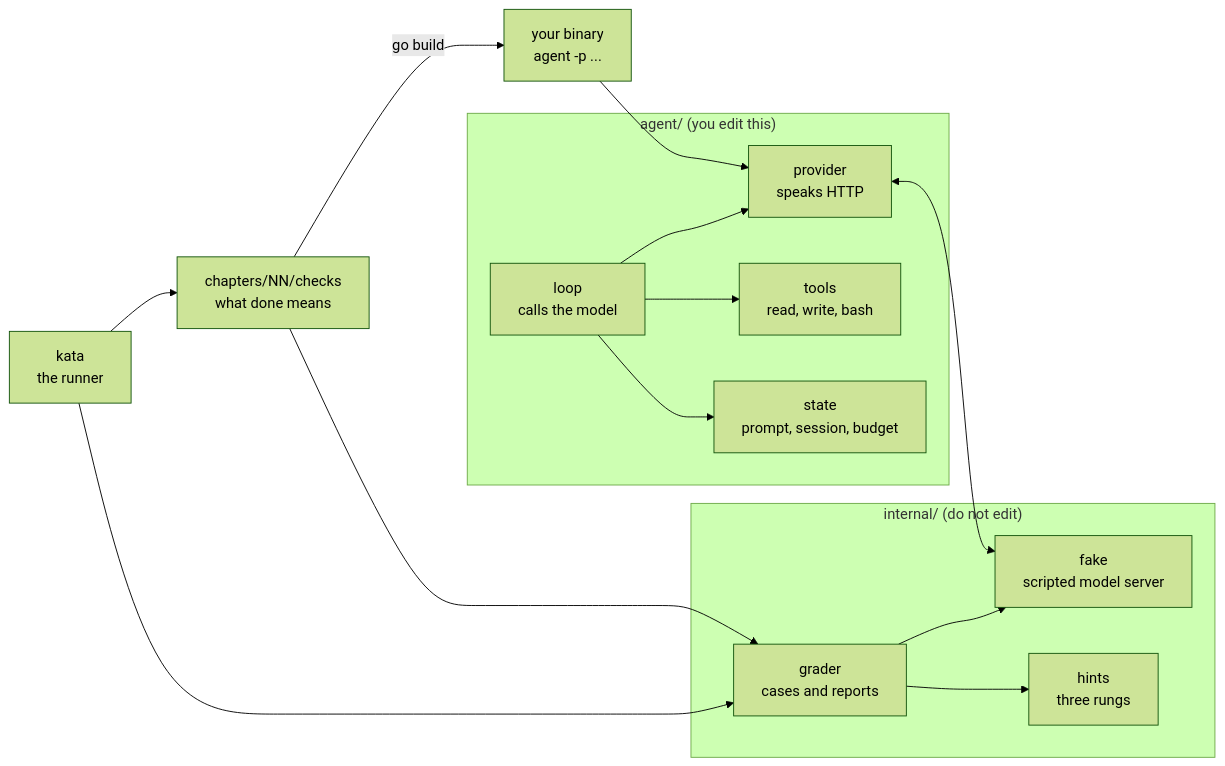
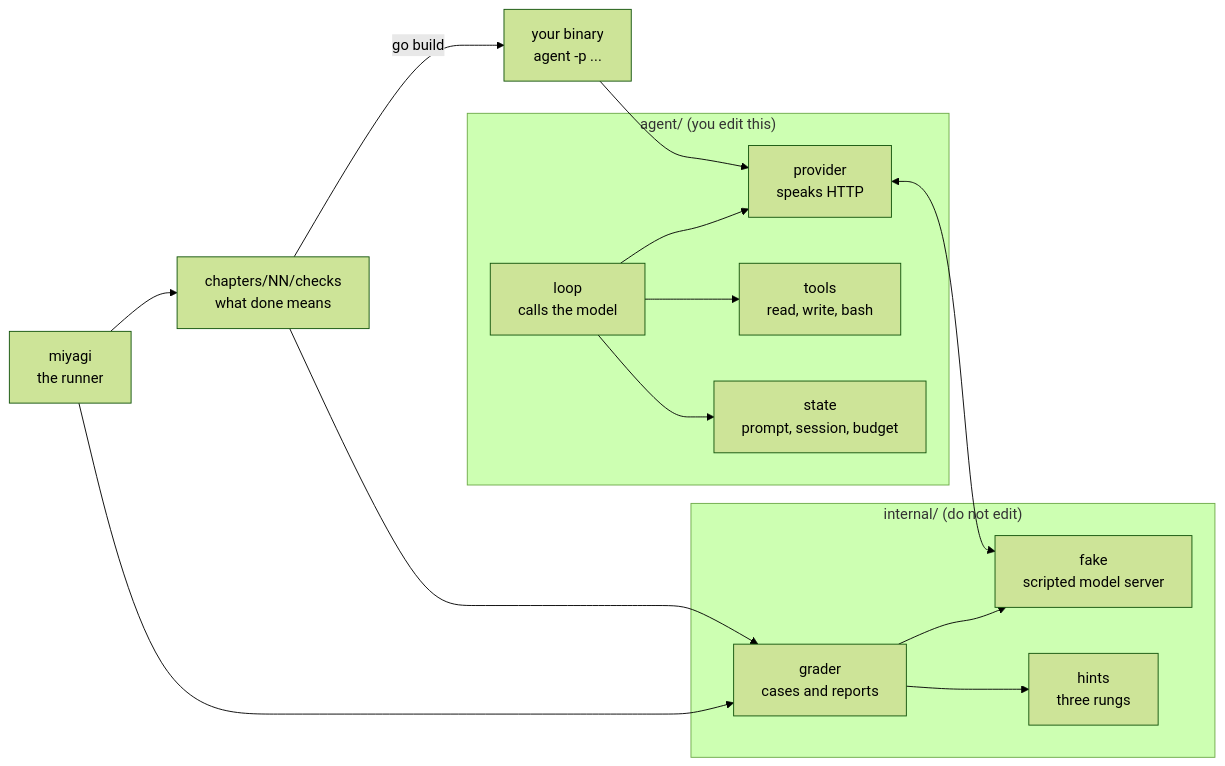
One commit to theakhandpatel/kata changed the first of 4 diagrams in docs/architecture.md. Above: the diagram before and after it, drawn with Mermaid (forest theme). The commit also changed other lines of this file and 97 other files, not shown here.

````diff
--- a/docs/architecture.md
+++ b/docs/architecture.md
@@ -7,31 +7,31 @@
 ```mermaid
 flowchart LR
     subgraph yours["agent/ (you edit this)"]
         P["provider<br/>speaks HTTP"]
         T["tools<br/>read, write, bash"]
         L["loop<br/>calls the model"]
         S["state<br/>prompt, session, budget"]
     end
 
     subgraph grader["internal/ (do not edit)"]
         F["fake<br/>scripted model server"]
         G["grader<br/>cases and reports"]
         H["hints<br/>three rungs"]
     end
 
     C["chapters/NN/checks<br/>what done means"]
-    CLI["kata<br/>the runner"]
+    CLI["miyagi<br/>the runner"]
     BIN["your binary<br/>agent -p ..."]
 
     C -->|"go build"| BIN
     BIN --> P
     L --> P
     L --> T
     L --> S
     P <--> F
     C --> G
     G --> F
     CLI --> C
     CLI --> G
     G --> H
 ```
````
